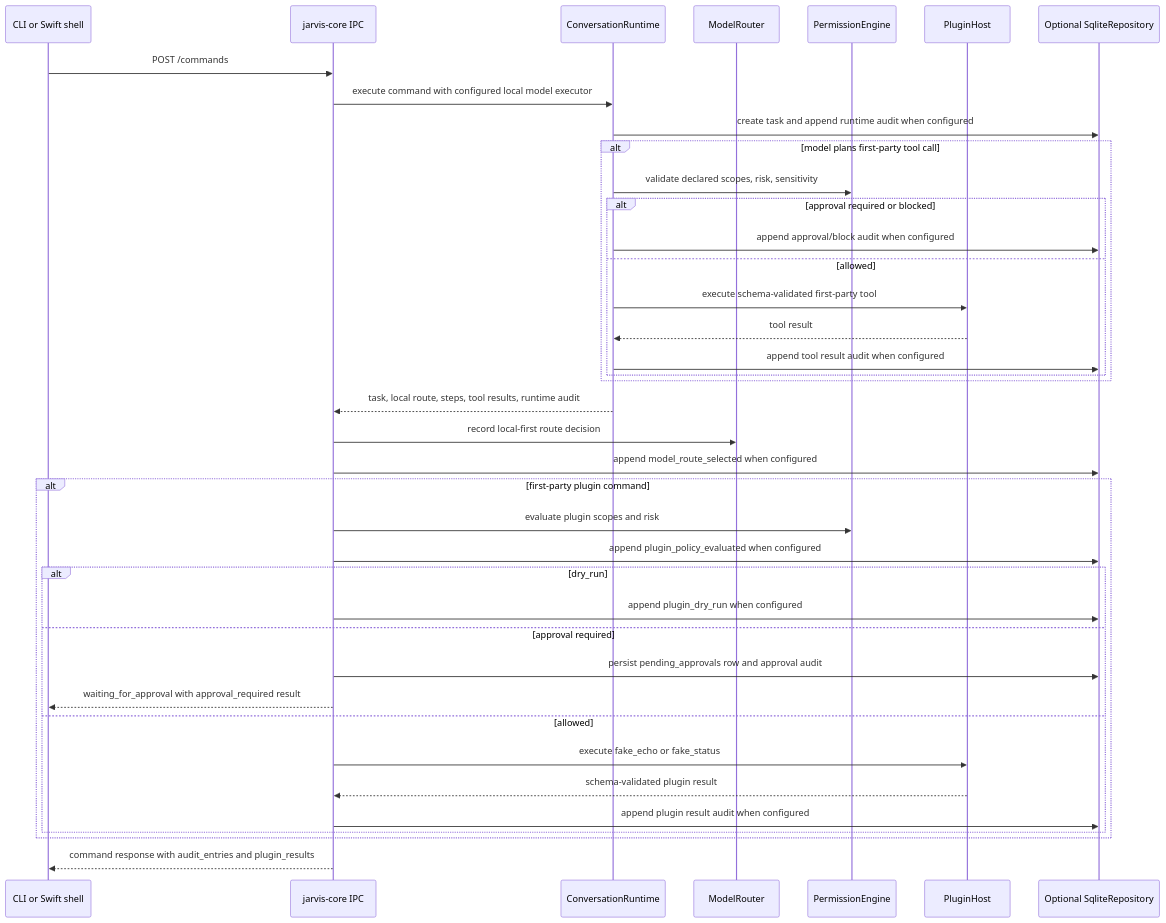
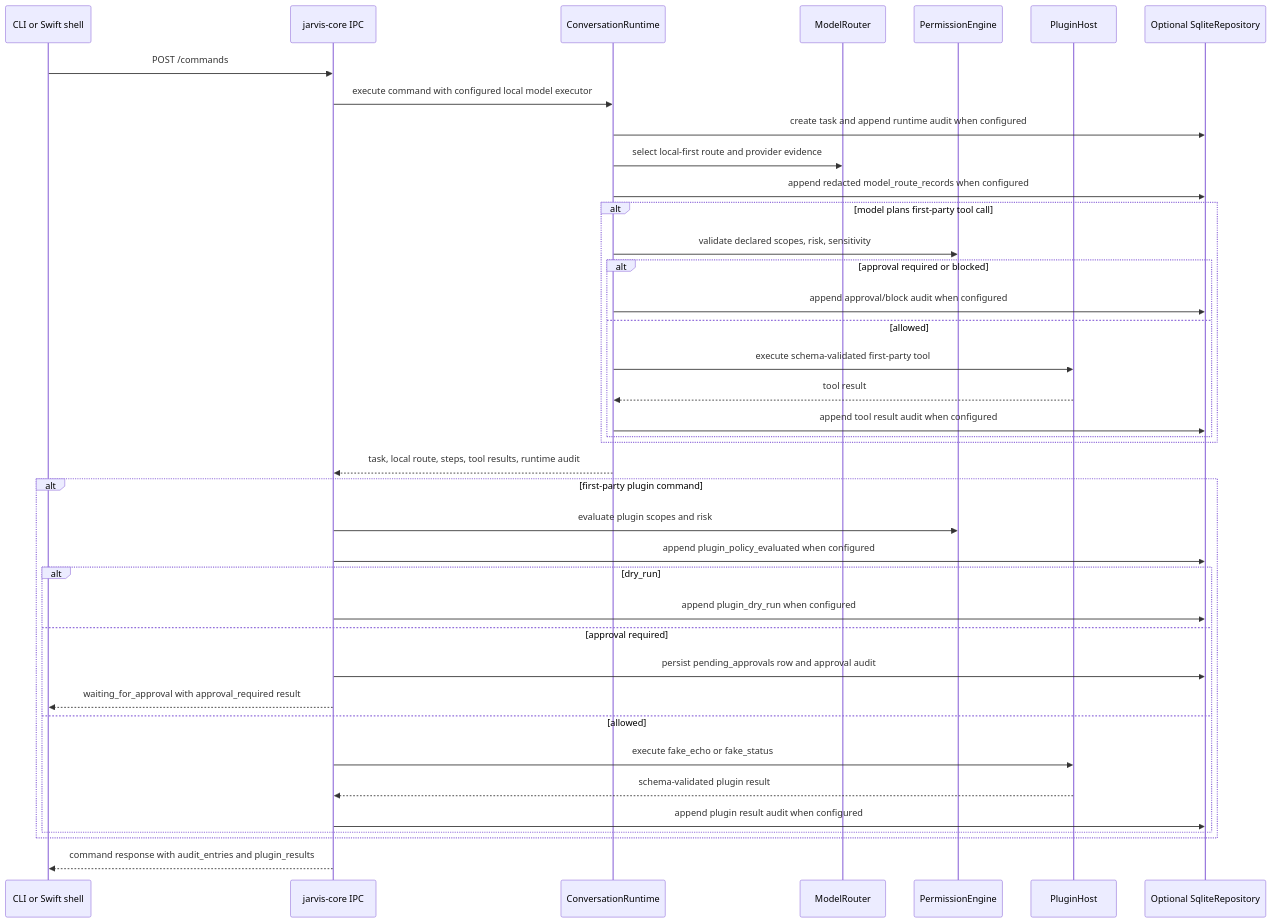
Before and after one commit to malak333/Assemblywright: the second of 4 diagrams in docs/architecture-map.md, drawn with Mermaid. The commit also changed other lines of this file and 8 other files, not shown here.

````diff
--- a/docs/architecture-map.md
+++ b/docs/architecture-map.md
@@ -154,42 +160,42 @@
 ```mermaid
 sequenceDiagram
     participant Client as CLI or Swift shell
     participant IPC as jarvis-core IPC
     participant Runtime as ConversationRuntime
     participant Router as ModelRouter
     participant Policy as PermissionEngine
     participant Plugins as PluginHost
     participant Store as Optional SqliteRepository
 
     Client->>IPC: POST /commands
     IPC->>Runtime: execute command with configured local model executor
     Runtime->>Store: create task and append runtime audit when configured
+    Runtime->>Router: select local-first route and provider evidence
+    Runtime->>Store: append redacted model_route_records when configured
     alt model plans first-party tool call
         Runtime->>Policy: validate declared scopes, risk, sensitivity
         alt approval required or blocked
             Runtime->>Store: append approval/block audit when configured
         else allowed
             Runtime->>Plugins: execute schema-validated first-party tool
             Plugins-->>Runtime: tool result
             Runtime->>Store: append tool result audit when configured
         end
     end
     Runtime-->>IPC: task, local route, steps, tool results, runtime audit
-    IPC->>Router: record local-first route decision
-    IPC->>Store: append model_route_selected when configured
     alt first-party plugin command
         IPC->>Policy: evaluate plugin scopes and risk
         IPC->>Store: append plugin_policy_evaluated when configured
         alt dry_run
             IPC->>Store: append plugin_dry_run when configured
         else approval required
             IPC->>Store: persist pending_approvals row and approval audit
             IPC-->>Client: waiting_for_approval with approval_required result
         else allowed
             IPC->>Plugins: execute fake_echo or fake_status
             Plugins-->>IPC: schema-validated plugin result
             IPC->>Store: append plugin result audit when configured
         end
     end
     IPC-->>Client: command response with audit_entries and plugin_results
 ```
````
